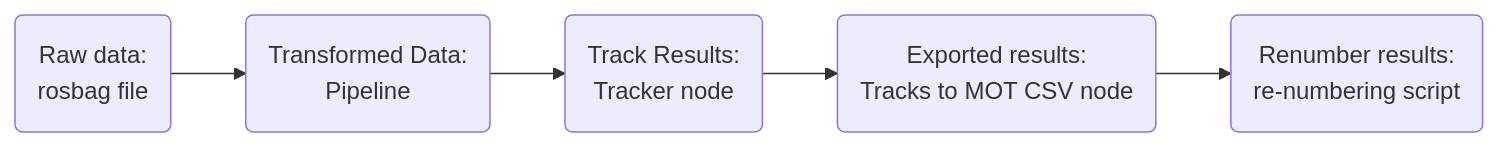
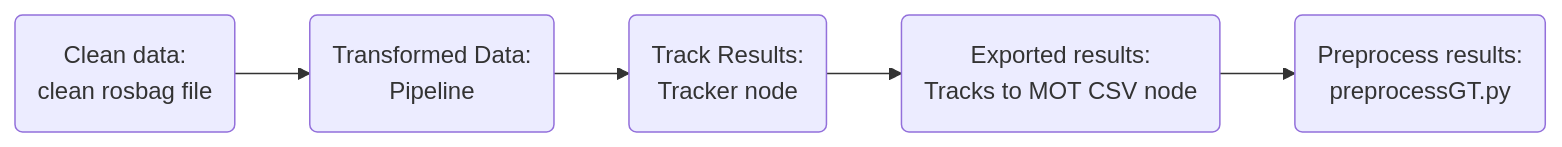
Before and after one commit to adrian-soch/cam_lidar_framework: the second of 2 diagrams in Metrics/README.md, drawn with Mermaid. The commit also changed other lines of this file and 63 other files, not shown here.

````diff
--- a/Metrics/README.md
+++ b/Metrics/README.md
@@ -22,7 +29,7 @@
 ```mermaid
 graph LR;
-    RawData(Raw data: \n rosbag file)-->Trans(Transformed Data: \n Pipeline);
+    RawData(Clean data: \n clean rosbag file)-->Trans(Transformed Data: \n Pipeline);
     Trans-->GroundTruth(Track Results: \n Tracker node);
     GroundTruth-->ExportedFormat(Exported results: \n Tracks to MOT CSV node);
-    ExportedFormat-->Final(Renumber results: \n re-numbering script)
+    ExportedFormat-->Final(Preprocess results: \n preprocessGT.py)
 ```
````
